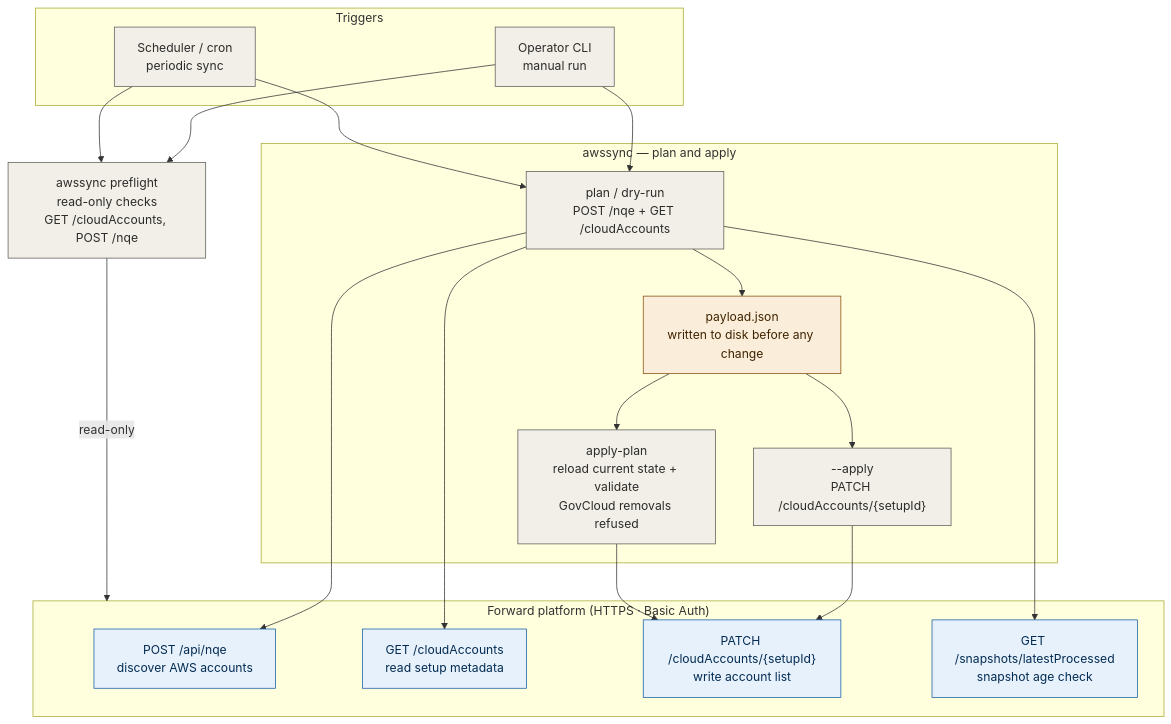
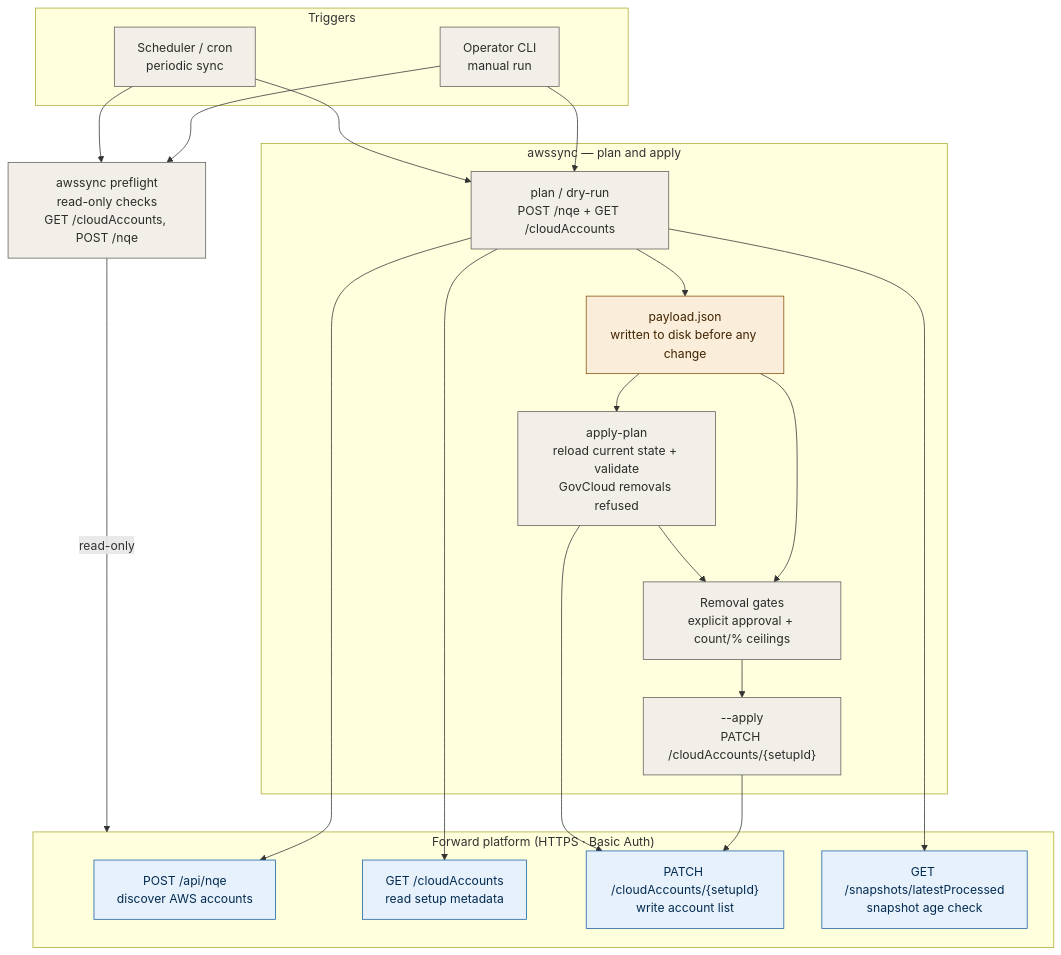
One commit to forwardnetworks/aws-sync changed the second of 8 diagrams in docs/architecture-flow.md. Above: the diagram before and after it, drawn with Mermaid. The commit also changed other lines of this file and 15 other files, not shown here.

````diff
--- a/docs/architecture-flow.md
+++ b/docs/architecture-flow.md
@@ -54,47 +57,49 @@
 ```mermaid
 flowchart TB
     subgraph triggers["Triggers"]
         cli["Operator CLI\nmanual run"]
         cron["Scheduler / cron\nperiodic sync"]
     end
 
     preflight["awssync preflight\nread-only checks\nGET /cloudAccounts, POST /nqe"]
 
     subgraph plan_apply["awssync — plan and apply"]
         plan["plan / dry-run\nPOST /nqe + GET /cloudAccounts"]
         disk["payload.json\nwritten to disk before any change"]
+        safety["Removal gates\nexplicit approval + count/% ceilings"]
         apply["--apply\nPATCH /cloudAccounts/{setupId}"]
         apply_plan["apply-plan\nreload current state + validate\nGovCloud removals refused"]
     end
 
     subgraph fwd["Forward platform  (HTTPS · Basic Auth)"]
         nqe["POST /api/nqe\ndiscover AWS accounts"]
         get_accts["GET /cloudAccounts\nread setup metadata"]
         patch_accts["PATCH /cloudAccounts/{setupId}\nwrite account list"]
         get_snap["GET /snapshots/latestProcessed\nsnapshot age check"]
     end
 
     cli --> preflight
     cron --> preflight
     cli --> plan
     cron --> plan
 
     preflight -- "read-only" --> fwd
     plan --> disk
-    disk --> apply
+    disk --> safety --> apply
     disk --> apply_plan
+    apply_plan --> safety
     apply --> patch_accts
     apply_plan --> patch_accts
     plan --> nqe
     plan --> get_accts
     plan --> get_snap
 
     classDef neutral fill:#F1EFE8,stroke:#5F5E5A,color:#2C2C2A;
     classDef fwdnode fill:#E6F1FB,stroke:#185FA5,color:#042C53;
     classDef artifact fill:#FAEEDA,stroke:#854F0B,color:#412402;
 
     class cli,cron,preflight neutral;
-    class plan,apply,apply_plan neutral;
+    class plan,safety,apply,apply_plan neutral;
     class nqe,get_accts,patch_accts,get_snap fwdnode;
     class disk artifact;
 ```
````
